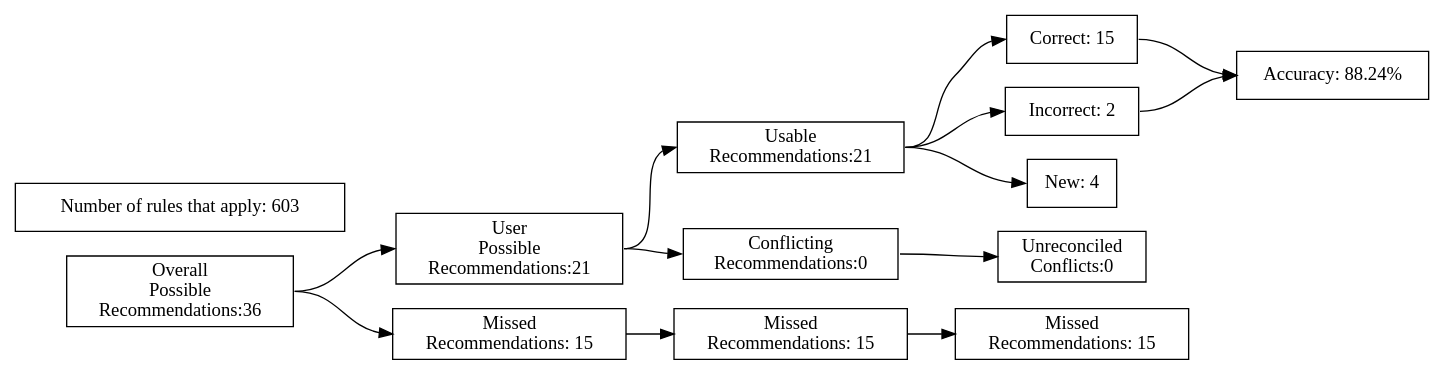
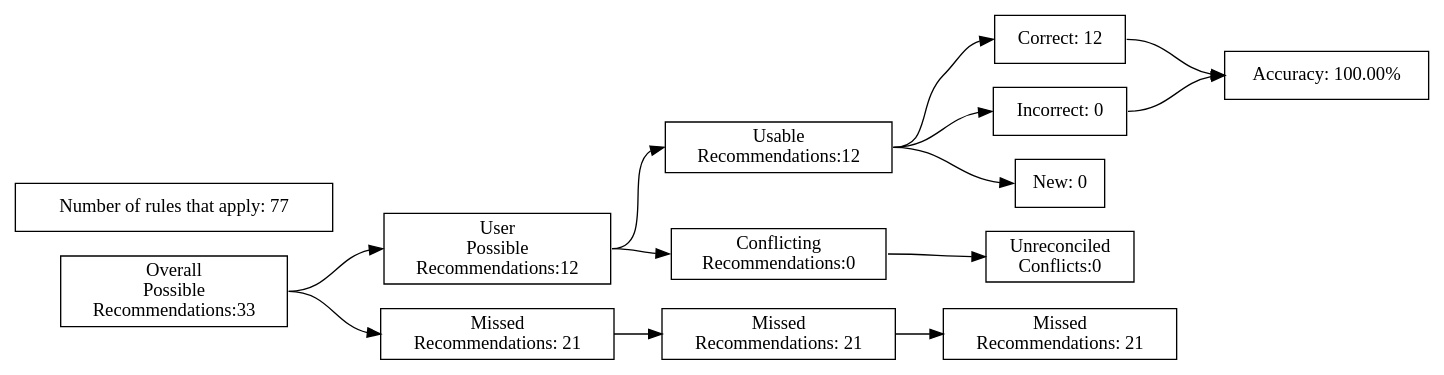
The diagram in test_renders/16.gv (ZaxR/ibd_diet_analysis), drawn with Graphviz before and after one commit. The commit also changed 228 other files, not shown here.

```diff
--- a/test_renders/16.gv
+++ b/test_renders/16.gv
@@ -1,40 +1,40 @@
 digraph {
 	graph [rankdir=LR]
 	node [pos=r shape=box]
 	edge [headport=w tailport=e]
 		A [label="Overall
 Possible
-Recommendations:36"]
+Recommendations:33"]
 		B [label="User
 Possible
-Recommendations:21"]
+Recommendations:12"]
 		C [label="Missed
-Recommendations: 15"]
+Recommendations: 21"]
 		D [label="Usable
-Recommendations:21"]
+Recommendations:12"]
 		E [label="Conflicting
 Recommendations:0"]
 		J [label="Missed
-Recommendations: 15"]
+Recommendations: 21"]
 		M [label="Unreconciled
 Conflicts:0"]
-		F [label="Correct: 15"]
-		G [label="Incorrect: 2"]
-		H [label="New: 4"]
+		F [label="Correct: 12"]
+		G [label="Incorrect: 0"]
+		H [label="New: 0"]
 		K [label="Missed
-Recommendations: 15"]
-		I [label="Accuracy: 88.24%"]
-		l [label="Number of rules that apply: 603"]
+Recommendations: 21"]
+		I [label="Accuracy: 100.00%"]
+		l [label="Number of rules that apply: 77"]
 			A -> B
 			A -> C
 			B -> D
 			B -> E
 			D -> F
 			D -> G
 			D -> H
 			F -> I
 			G -> I
 			C -> J
 			J -> K
 			E -> M
 }
```
